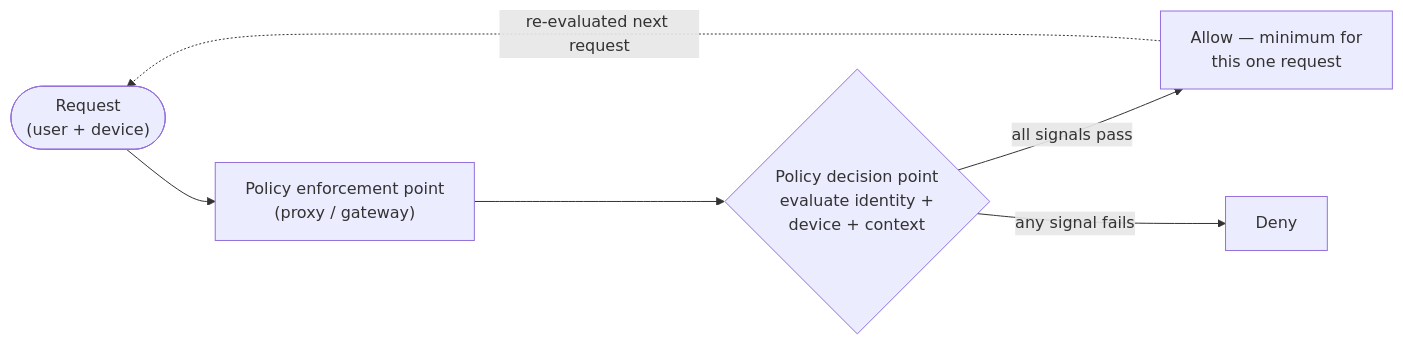
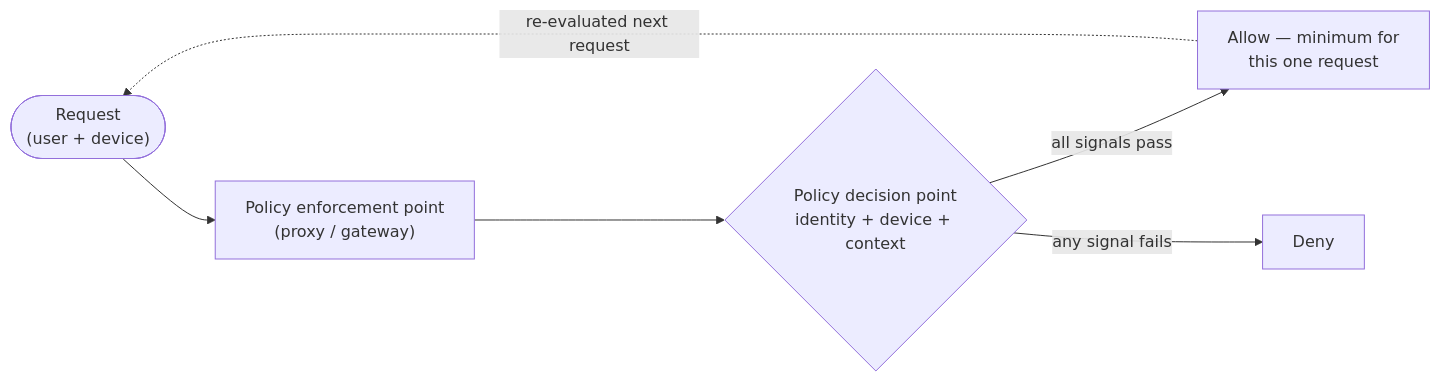
The second of 3 diagrams in tracks/11-ztna/modules/01-zero-trust-principles/README.md (plaintext-security/plaintext), drawn with Mermaid before and after one commit. The commit also changed other lines of this file and 24 other files, not shown here.

````diff
--- a/tracks/11-ztna/modules/01-zero-trust-principles/README.md
+++ b/tracks/11-ztna/modules/01-zero-trust-principles/README.md
@@ -101,8 +116,8 @@
 ```mermaid
 flowchart LR
     R(["Request<br/>(user + device)"]) --> PEP["Policy enforcement point<br/>(proxy / gateway)"]
-    PEP --> PDP{"Policy decision point<br/>evaluate identity +<br/>device + context"}
+    PEP --> PDP{"Policy decision point<br/>identity + device + context"}
     PDP -->|all signals pass| A["Allow — minimum for<br/>this one request"]
     PDP -->|any signal fails| D["Deny"]
     A -.re-evaluated next request.-> R
 ```
````
